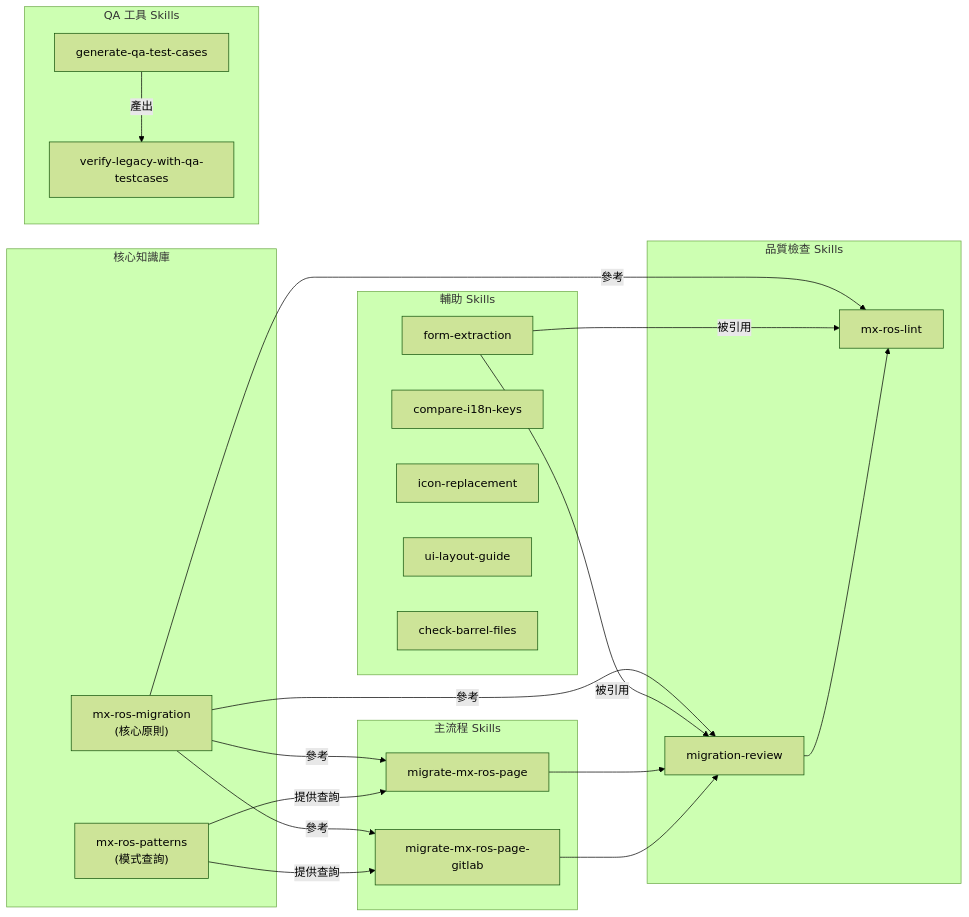
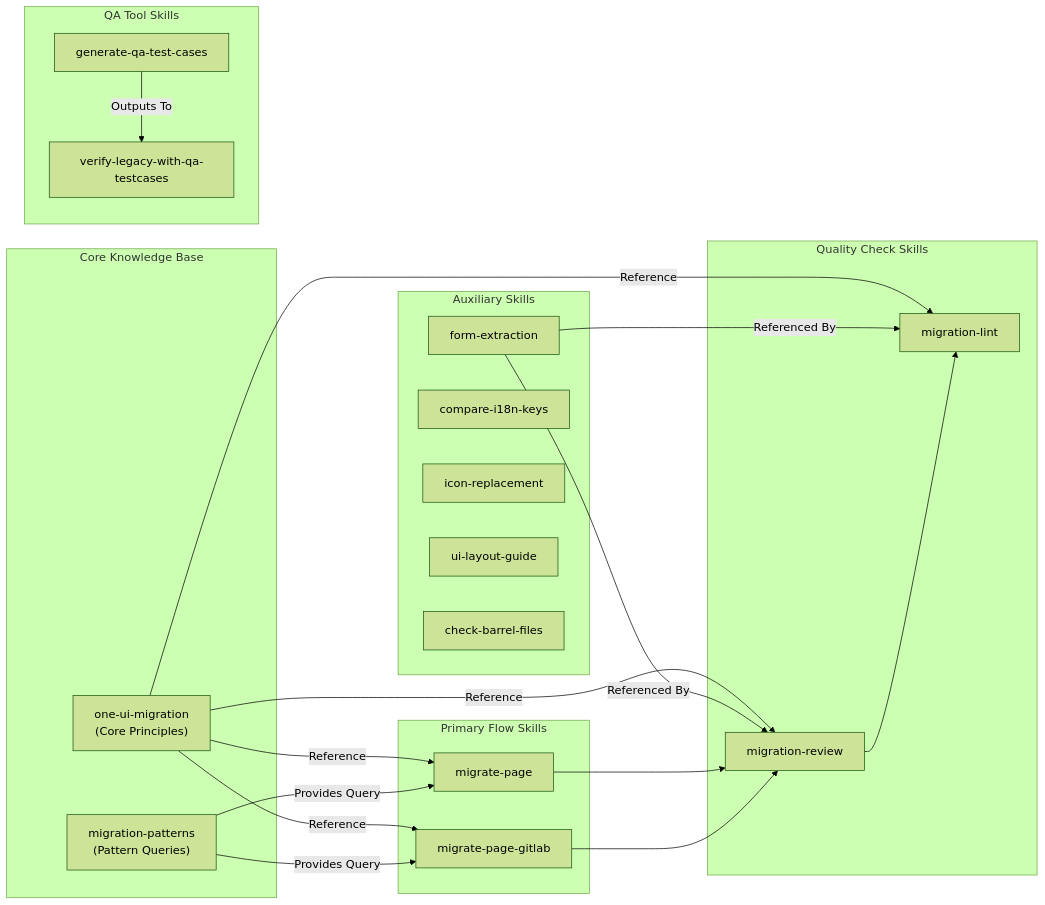
Before and after one commit to Michael0520/milo-claudekit: the second of 3 diagrams in plugins/one-ui-migration/skills/one-ui-migration/rules/reference/migration-workflow.md, drawn with Mermaid (forest theme). The commit also changed other lines of this file and 7 other files, not shown here.

First line of the commit message:
refactor(one-ui-migration): rename skills and translate to English

````diff
--- a/plugins/one-ui-migration/skills/one-ui-migration/rules/reference/migration-workflow.md
+++ b/plugins/one-ui-migration/skills/one-ui-migration/rules/reference/migration-workflow.md
@@ -69,46 +69,46 @@
 ```mermaid
 graph LR
-    subgraph Core["核心知識庫"]
-        MIG["mx-ros-migration\n(核心原則)"]
-        PAT["mx-ros-patterns\n(模式查詢)"]
+    subgraph Core["Core Knowledge Base"]
+        MIG["one-ui-migration\n(Core Principles)"]
+        PAT["migration-patterns\n(Pattern Queries)"]
     end
 
-    subgraph MainFlow["主流程 Skills"]
-        MP["migrate-mx-ros-page"]
-        MG["migrate-mx-ros-page-gitlab"]
+    subgraph MainFlow["Primary Flow Skills"]
+        MP["migrate-page"]
+        MG["migrate-page-gitlab"]
     end
 
-    subgraph QualityCheck["品質檢查 Skills"]
-        LINT["mx-ros-lint"]
+    subgraph QualityCheck["Quality Check Skills"]
+        LINT["migration-lint"]
         REV["migration-review"]
     end
 
-    subgraph QATools["QA 工具 Skills"]
+    subgraph QATools["QA Tool Skills"]
         GEN["generate-qa-test-cases"]
         VER["verify-legacy-with-qa-testcases"]
     end
 
-    subgraph Helpers["輔助 Skills"]
+    subgraph Helpers["Auxiliary Skills"]
         FORM["form-extraction"]
         I18N["compare-i18n-keys"]
         ICON["icon-replacement"]
         UI["ui-layout-guide"]
         BARREL["check-barrel-files"]
     end
 
-    MIG -->|參考| MP
-    MIG -->|參考| MG
-    MIG -->|參考| LINT
-    MIG -->|參考| REV
-    PAT -->|提供查詢| MP
-    PAT -->|提供查詢| MG
+    MIG -->|Reference| MP
+    MIG -->|Reference| MG
+    MIG -->|Reference| LINT
+    MIG -->|Reference| REV
+    PAT -->|Provides Query| MP
+    PAT -->|Provides Query| MG
 
-    FORM -->|被引用| REV
-    FORM -->|被引用| LINT
+    FORM -->|Referenced By| REV
+    FORM -->|Referenced By| LINT
 
-    GEN -->|產出| VER
+    GEN -->|Outputs To| VER
 
     MP --> REV
     MG --> REV
     REV --> LINT
 ```
````
